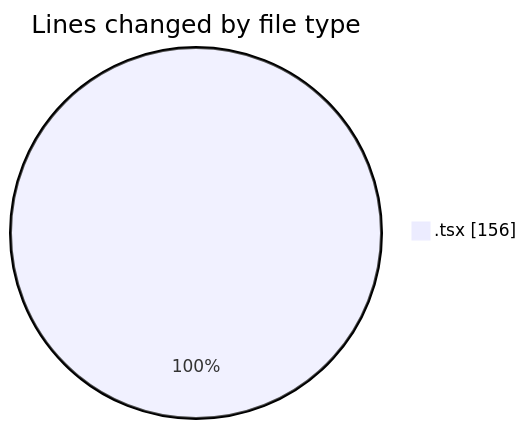
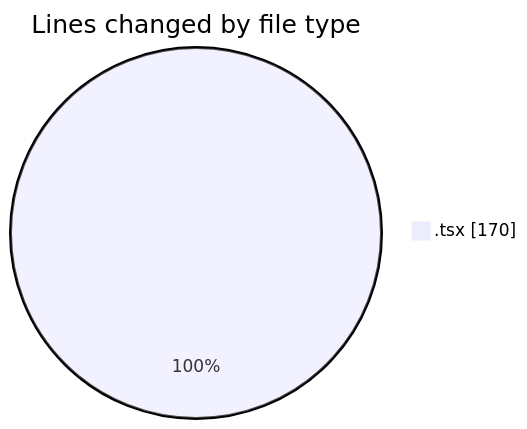
One commit to EIIisD/code-tracking changed the first of 2 diagrams in 2025-08-04/tw-server/README.md. Above: the diagram before and after it, drawn with Mermaid. The commit also changed other lines of this file and 1 other file, not shown here.

````diff
--- a/2025-08-04/tw-server/README.md
+++ b/2025-08-04/tw-server/README.md
@@ -21,5 +21,5 @@
 ```mermaid
 pie showData
 title Lines changed by file type
-".tsx" : 156
+".tsx" : 170
 ```
````
